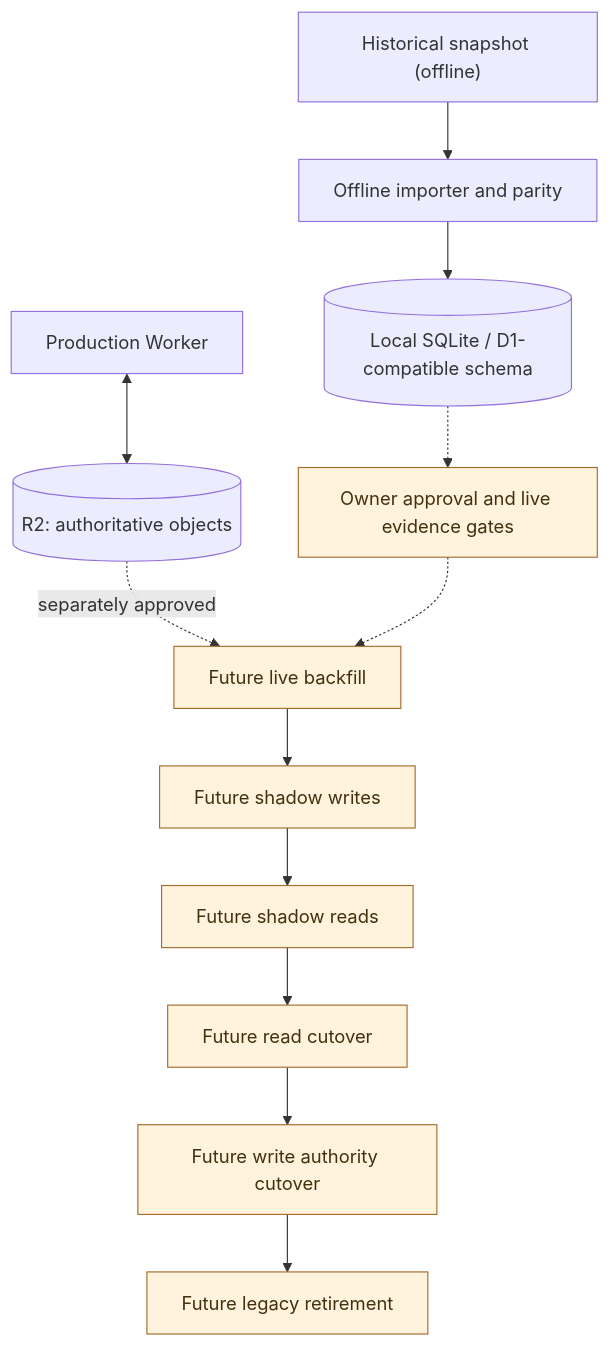
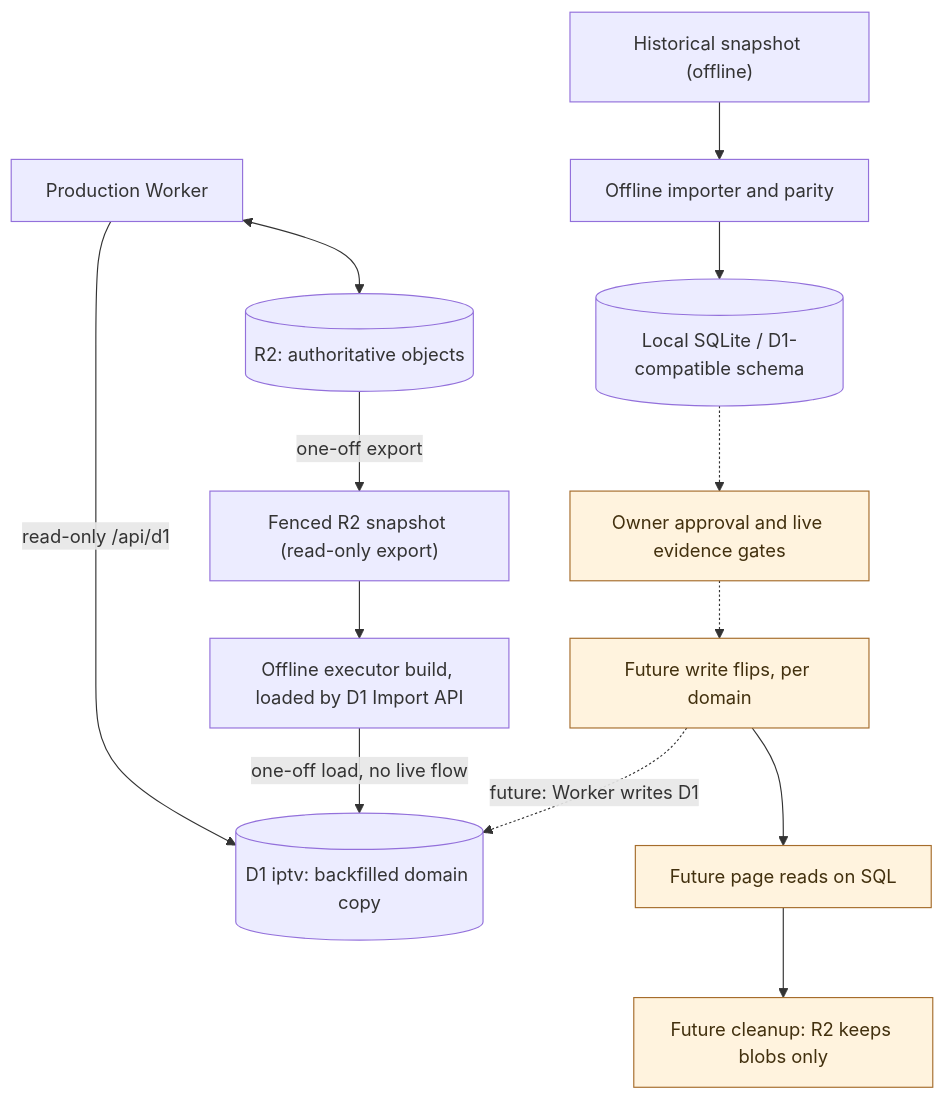
One commit to vladimino/iptv-watchlist changed the diagram in docs/architecture/persistence-and-migration.md. Above: the diagram before and after it, drawn with Mermaid. The commit also changed other lines of this file and 18 other files, not shown here.

First line of the commit message:
AIR-275 phase 1: bind D1 read-only and add relational catalog views (#241)

````diff
--- a/docs/architecture/persistence-and-migration.md
+++ b/docs/architecture/persistence-and-migration.md
@@ -5,22 +5,24 @@
 ```mermaid
 flowchart TD
     worker["Production Worker"]
     r2[("R2: authoritative objects")]
     archive["Historical snapshot (offline)"]
     importer["Offline importer and parity"]
     local[("Local SQLite / D1-compatible schema")]
     gate["Owner approval and live evidence gates"]
-    backfill["Future live backfill"]
-    shadowWrite["Future shadow writes"]
-    shadowRead["Future shadow reads"]
-    cutRead["Future read cutover"]
-    cutWrite["Future write authority cutover"]
-    retire["Future legacy retirement"]
+    snapshot["Fenced R2 snapshot (read-only export)"]
+    reload["Offline executor build, loaded by D1 Import API"]
+    d1[("D1 iptv: backfilled domain copy")]
+    flipWrite["Future write flips, per domain"]
+    flipRead["Future page reads on SQL"]
+    retire["Future cleanup: R2 keeps blobs only"]
     worker <--> r2
+    worker -->|read-only /api/d1| d1
     archive --> importer --> local
     local -.-> gate
-    r2 -.->|separately approved| backfill
-    gate -.-> backfill --> shadowWrite --> shadowRead --> cutRead --> cutWrite --> retire
+    r2 -->|one-off export| snapshot --> reload -->|one-off load, no live flow| d1
+    gate -.-> flipWrite -.->|future: Worker writes D1| d1
+    flipWrite --> flipRead --> retire
     classDef future fill:#fff3de,stroke:#a56c2b,color:#42300e
-    class gate,backfill,shadowWrite,shadowRead,cutRead,cutWrite,retire future
+    class gate,flipWrite,flipRead,retire future
 ```
````
